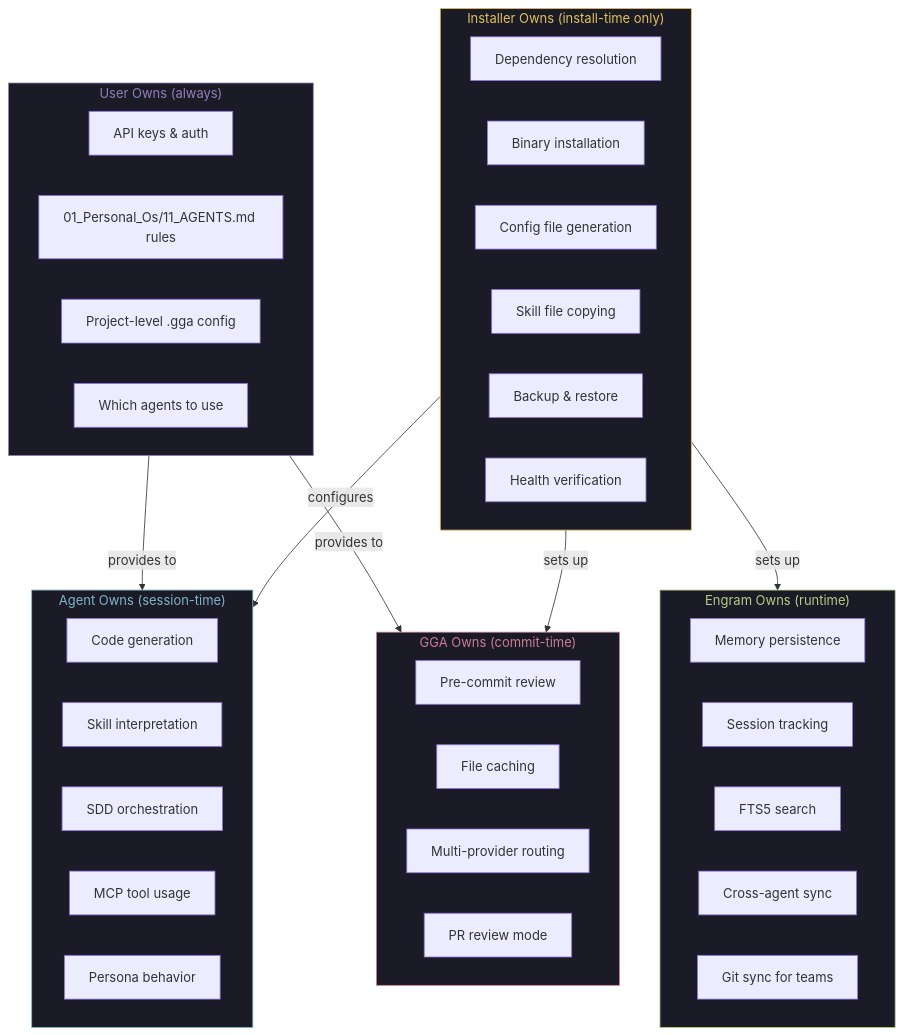
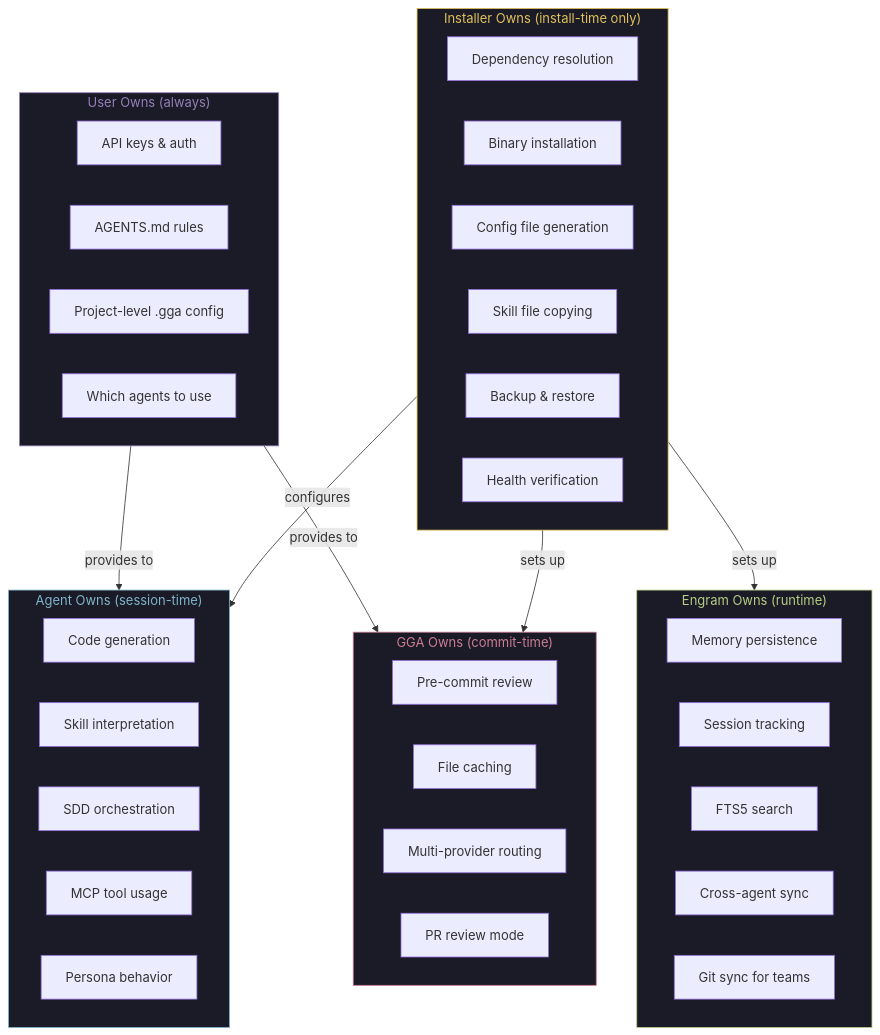
The seventh of 7 diagrams in 01_Personal_Os/05_Archive/03_Backups_Refs/01_Repos_Reference/02_Repos_Gentleman/10_Gentle_AI/PRD.md (esjesusobando/Consequences), drawn with Mermaid before and after one commit. The commit also changed other lines of this file and 1396 other files, not shown here.

````diff
--- a/01_Personal_Os/05_Archive/03_Backups_Refs/01_Repos_Reference/02_Repos_Gentleman/10_Gentle_AI/PRD.md
+++ b/01_Personal_Os/05_Archive/03_Backups_Refs/01_Repos_Reference/02_Repos_Gentleman/10_Gentle_AI/PRD.md
@@ -985,58 +985,58 @@
 ```mermaid
 graph TB
     subgraph INSTALLER_OWNS["Installer Owns (install-time only)"]
         direction LR
         I1[Dependency resolution]
         I2[Binary installation]
         I3[Config file generation]
         I4[Skill file copying]
         I5[Backup & restore]
         I6[Health verification]
     end
 
     subgraph ENGRAM_OWNS["Engram Owns (runtime)"]
         direction LR
         E1[Memory persistence]
         E2[Session tracking]
         E3[FTS5 search]
         E4[Cross-agent sync]
         E5[Git sync for teams]
     end
 
     subgraph GGA_OWNS["GGA Owns (commit-time)"]
         direction LR
         G1[Pre-commit review]
         G2[File caching]
         G3[Multi-provider routing]
         G4[PR review mode]
     end
 
     subgraph AGENT_OWNS["Agent Owns (session-time)"]
         direction LR
         A1[Code generation]
         A2[Skill interpretation]
         A3[SDD orchestration]
         A4[MCP tool usage]
         A5[Persona behavior]
     end
 
     subgraph USER_OWNS["User Owns (always)"]
         direction LR
         U1[API keys & auth]
-        U2[01_Personal_Os/11_AGENTS.md rules]
+        U2[AGENTS.md rules]
         U3[Project-level .gga config]
         U4[Which agents to use]
     end
 
     INSTALLER_OWNS -->|"sets up"| ENGRAM_OWNS
     INSTALLER_OWNS -->|"sets up"| GGA_OWNS
     INSTALLER_OWNS -->|"configures"| AGENT_OWNS
     USER_OWNS -->|"provides to"| AGENT_OWNS
     USER_OWNS -->|"provides to"| GGA_OWNS
 
     style INSTALLER_OWNS fill:#1a1b26,stroke:#E0C15A,color:#E0C15A
     style ENGRAM_OWNS fill:#1a1b26,stroke:#B7CC85,color:#B7CC85
     style GGA_OWNS fill:#1a1b26,stroke:#CB7C94,color:#CB7C94
     style AGENT_OWNS fill:#1a1b26,stroke:#7FB4CA,color:#7FB4CA
     style USER_OWNS fill:#1a1b26,stroke:#957FB8,color:#957FB8
 ```
````
